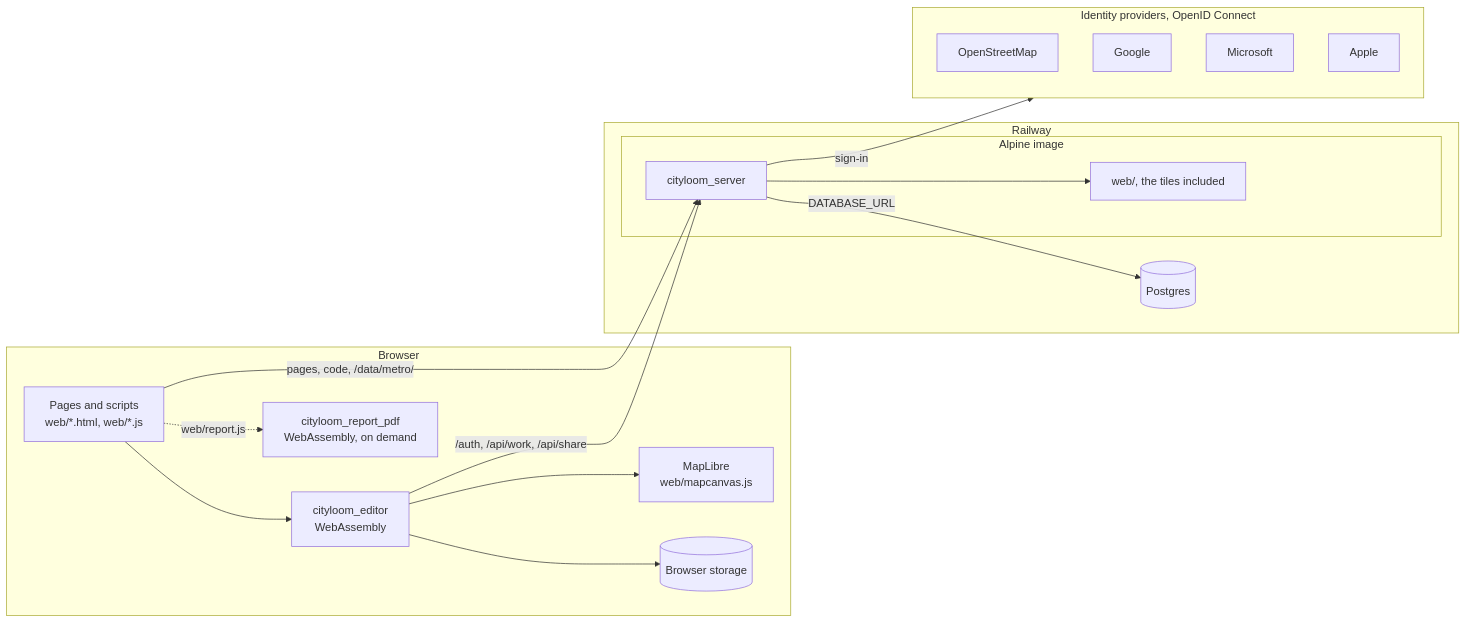
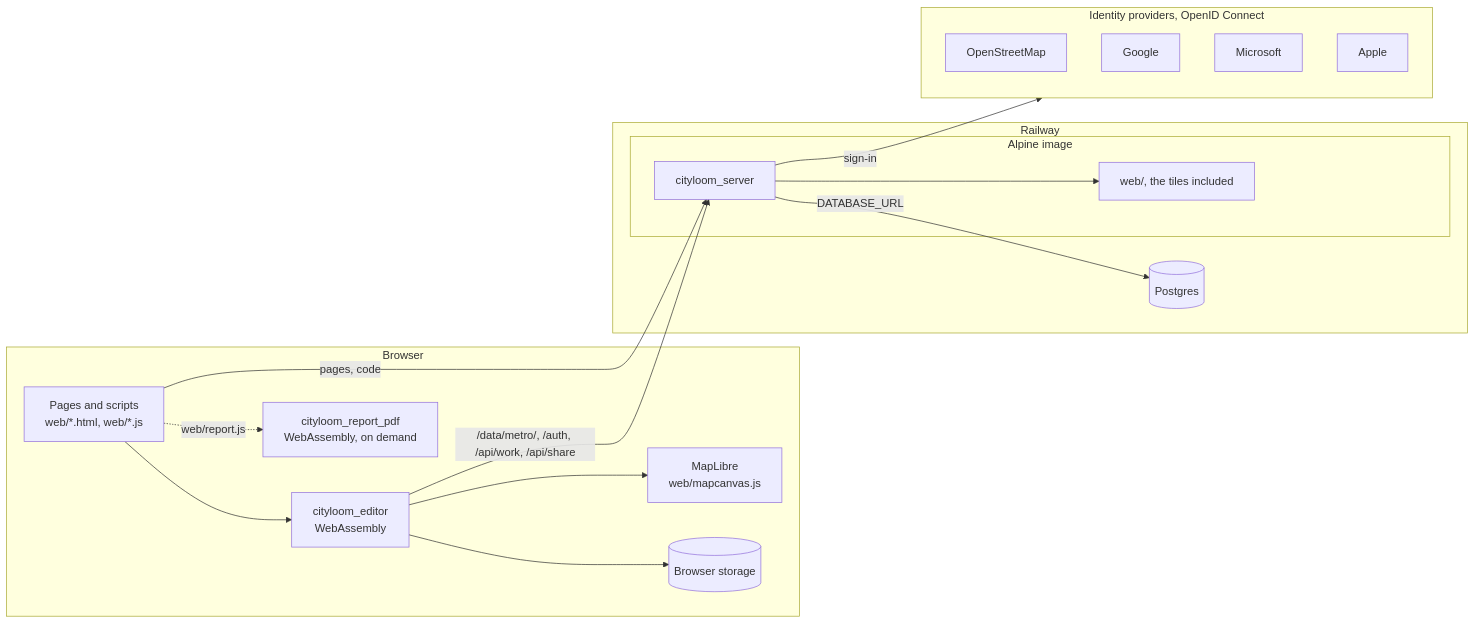
The second of 5 diagrams in website/docs/architecture/runtime.md (alandovskis/cityloom), drawn with Mermaid before and after one commit. The commit also changed 1 other file, not shown here.

Commit message:
Architecture runtime: the editor fetches the tiles, not the page scripts (CLM-36)
The deployed-system diagram puts /data/metro/ on the editor's edge to the
server, where place::loader fetches tiles::INDEX_URL and tiles::DIR, in
English and fr-CA.

Claude-Session: https://claude.ai/code/session_01XBf9xoagD4snsSDnfC5j2Q

````diff
--- a/website/docs/architecture/runtime.md
+++ b/website/docs/architecture/runtime.md
@@ -69,32 +69,32 @@
 ```mermaid
 flowchart LR
   subgraph browser [Browser]
     pages["Pages and scripts<br/>web/*.html, web/*.js"]
     editor["cityloom_editor<br/>WebAssembly"]
     pdf["cityloom_report_pdf<br/>WebAssembly, on demand"]
     maplibre["MapLibre<br/>web/mapcanvas.js"]
     storage[("Browser storage")]
   end
   subgraph railway [Railway]
     subgraph image [Alpine image]
       server[cityloom_server]
       web["web/, the tiles included"]
     end
     postgres[("Postgres")]
   end
   subgraph providers [Identity providers, OpenID Connect]
     osm[OpenStreetMap]
     google[Google]
     microsoft[Microsoft]
     apple[Apple]
   end
   pages --> editor
   pages -.->|web/report.js| pdf
   editor --> maplibre
   editor --> storage
-  pages -- "pages, code, /data/metro/" --> server
-  editor -- "/auth, /api/work, /api/share" --> server
+  pages -- "pages, code" --> server
+  editor -- "/data/metro/, /auth, /api/work, /api/share" --> server
   server --> web
   server -- DATABASE_URL --> postgres
   server -- sign-in --> providers
 ```
````
